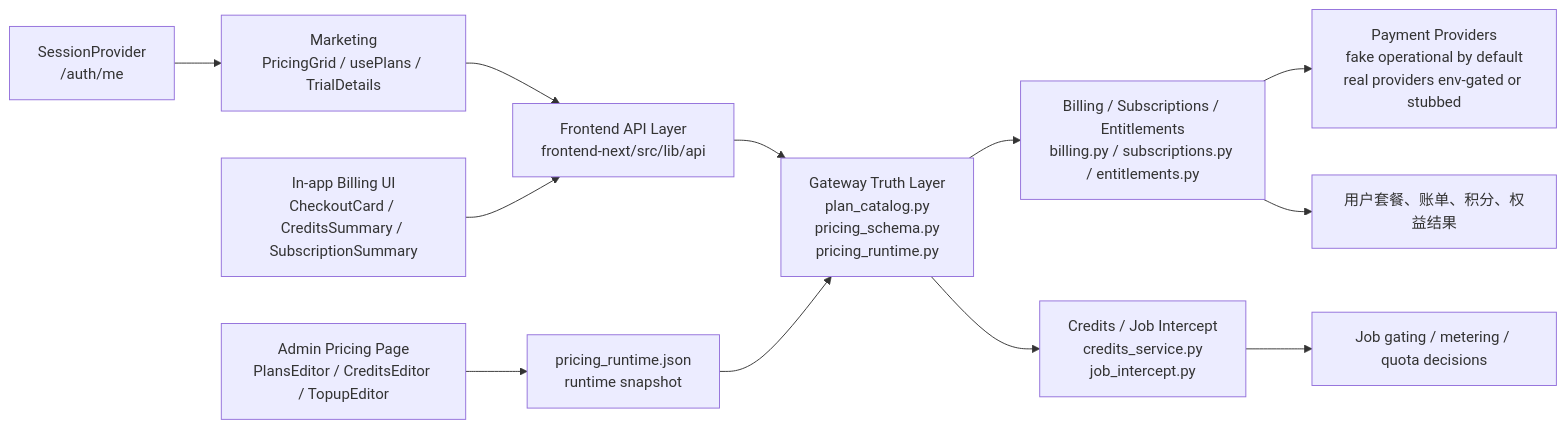
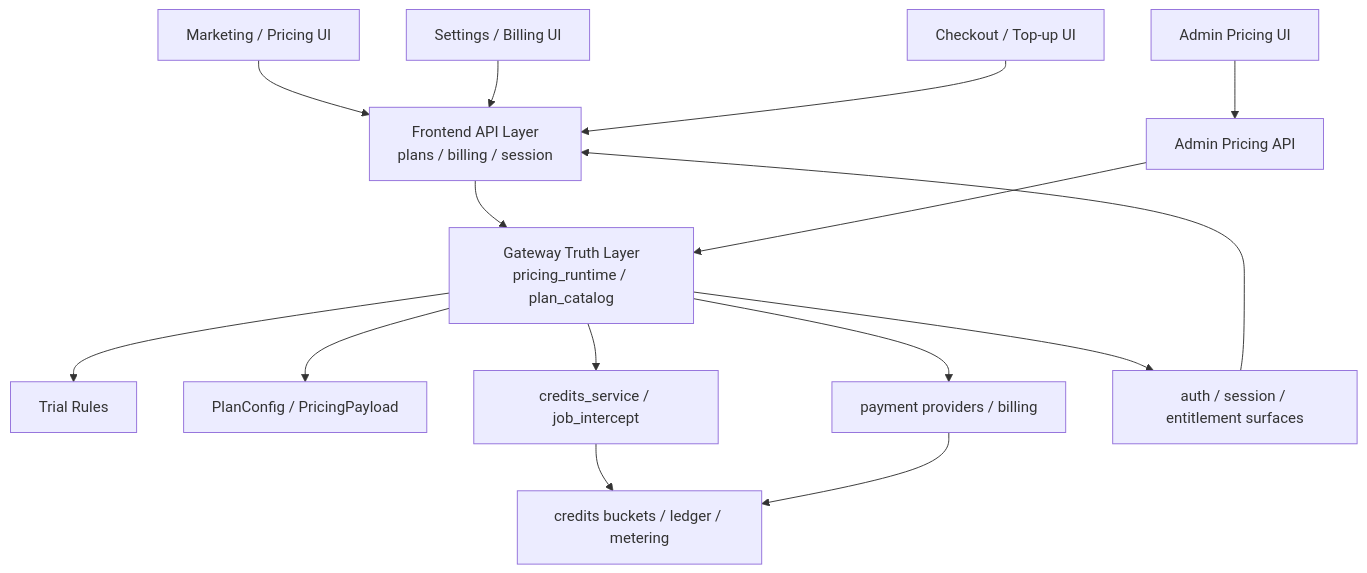
The diagram in docs/graphs/GITNEXUS_COMMERCIALIZATION_GRAPH.md (sun9bear/AITransVideo), drawn with Mermaid before and after one commit. The commit also changed other lines of this file and 12 other files, not shown here.

First line of the commit message:
docs: 新增 Admin/Ops/Calibration 架构子图 + UI 导航与视频输出方案 + gitignore 清理

````diff
--- a/docs/graphs/GITNEXUS_COMMERCIALIZATION_GRAPH.md
+++ b/docs/graphs/GITNEXUS_COMMERCIALIZATION_GRAPH.md
@@ -25,16 +17,20 @@
 ```mermaid
-graph LR
-    A["Marketing<br/>PricingGrid / usePlans / TrialDetails"] --> B["Frontend API Layer<br/>frontend-next/src/lib/api"]
-    S["SessionProvider<br/>/auth/me"] --> A
-    U["In-app Billing UI<br/>CheckoutCard / CreditsSummary / SubscriptionSummary"] --> B
-    P["Admin Pricing Page<br/>PlansEditor / CreditsEditor / TopupEditor"] --> R
+graph TD
+    Marketing["Marketing / Pricing UI"] --> FrontAPI
+    Settings["Settings / Billing UI"] --> FrontAPI
+    Checkout["Checkout / Top-up UI"] --> FrontAPI
+    AdminPricing["Admin Pricing UI"] --> AdminAPI
 
-    B --> C["Gateway Truth Layer<br/>plan_catalog.py<br/>pricing_schema.py<br/>pricing_runtime.py"]
-    C --> D["Billing / Subscriptions / Entitlements<br/>billing.py / subscriptions.py / entitlements.py"]
-    D --> E["Payment Providers<br/>fake operational by default<br/>real providers env-gated or stubbed"]
-    C --> F["Credits / Job Intercept<br/>credits_service.py<br/>job_intercept.py"]
-    R["pricing_runtime.json<br/>runtime snapshot"] --> C
+    FrontAPI["Frontend API Layer<br/>plans / billing / session"] --> GatewayTruth
+    AdminAPI["Admin Pricing API"] --> GatewayTruth
 
-    F --> G["Job gating / metering / quota decisions"]
-    D --> H["用户套餐、账单、积分、权益结果"]
+    GatewayTruth["Gateway Truth Layer<br/>pricing_runtime / plan_catalog"] --> Trial["Trial Rules"]
+    GatewayTruth --> Plans["PlanConfig / PricingPayload"]
+    GatewayTruth --> Credits["credits_service / job_intercept"]
+    GatewayTruth --> Payment["payment providers / billing"]
+    GatewayTruth --> Session["auth / session / entitlement surfaces"]
+
+    Credits --> Ledger["credits buckets / ledger / metering"]
+    Payment --> Ledger
+    Session --> FrontAPI
 ```
````
